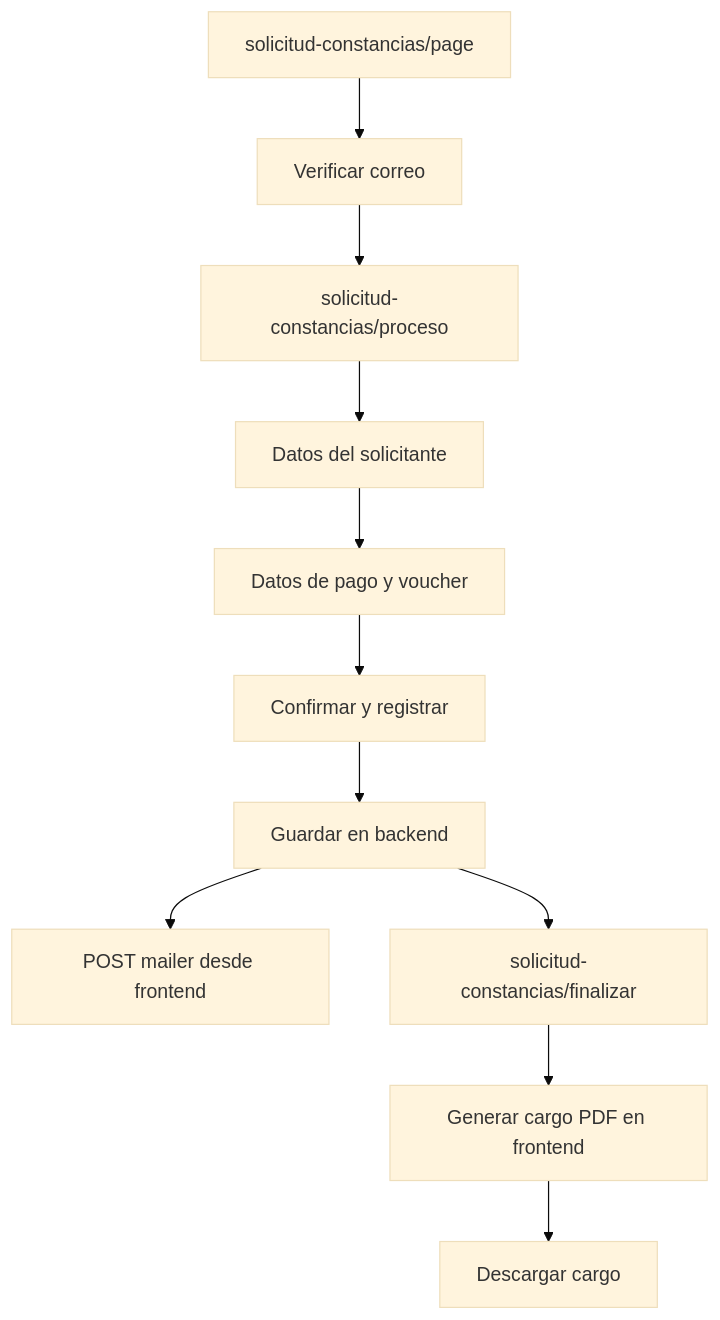
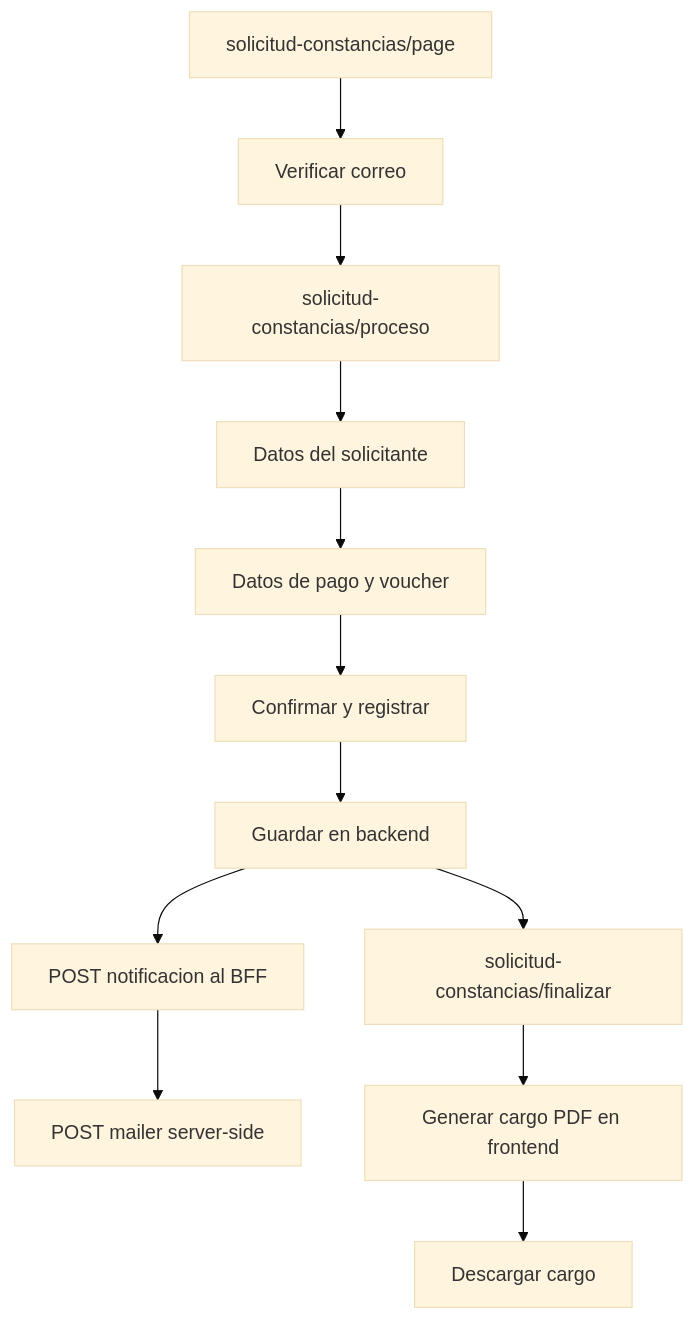
Before and after one commit to luismiguelgs/ciunac-sol-1.3: the diagram in docs/product/flows/solicitud-constancia.md, drawn with Mermaid (base theme). The commit also changed 88 other files, not shown here.

````diff
--- a/docs/product/flows/solicitud-constancia.md
+++ b/docs/product/flows/solicitud-constancia.md
@@ -58,13 +58,14 @@
 ```mermaid
 flowchart TD
     Page["solicitud-constancias/page"] --> Verify["Verificar correo"]
     Verify --> Process["solicitud-constancias/proceso"]
     Process --> Basic["Datos del solicitante"]
     Basic --> Payment["Datos de pago y voucher"]
     Payment --> Register["Confirmar y registrar"]
     Register --> Backend["Guardar en backend"]
-    Backend --> Mail["POST mailer desde frontend"]
+    Backend --> BFF["POST notificacion al BFF"]
+    BFF --> Mail["POST mailer server-side"]
     Backend --> Finish["solicitud-constancias/finalizar"]
     Finish --> Pdf["Generar cargo PDF en frontend"]
     Pdf --> Download["Descargar cargo"]
 ```
````
